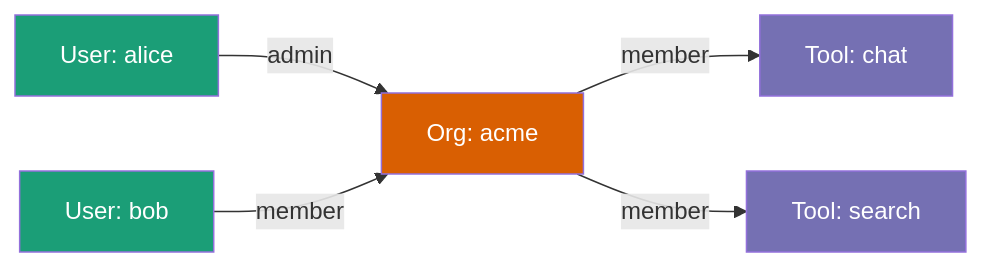
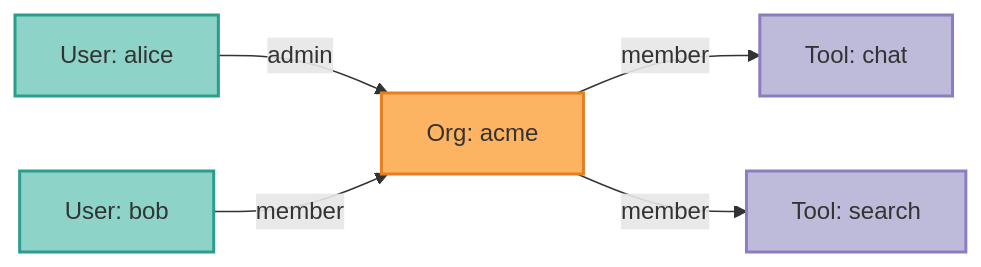
The third of 10 diagrams in docs/getting-started/architecture.mdx (vishnu2kmohan/mcp-server-langgraph), drawn with Mermaid before and after one commit. The commit also changed other lines of this file and 11 other files, not shown here.

First line of the commit message:
style: migrate all diagrams from Dark2 to Set3 ColorBrewer2 palette

````diff
--- a/docs/getting-started/architecture.mdx
+++ b/docs/getting-started/architecture.mdx
@@ -299,13 +299,13 @@
 ```mermaid
 graph LR
     User[User: alice] -->|admin| Org[Org: acme]
     Org -->|member| Tool1[Tool: chat]
     Org -->|member| Tool2[Tool: search]
     User2[User: bob] -->|member| Org
 
-    style User fill:#1b9e77,color:#fff
-    style User2 fill:#1b9e77,color:#fff
-    style Org fill:#d95f02,color:#fff
-    style Tool1 fill:#7570b3,color:#fff
-    style Tool2 fill:#7570b3,color:#fff
+    style User fill:#8dd3c7,stroke:#2a9d8f,stroke-width:2px,color:#333
+    style User2 fill:#8dd3c7,stroke:#2a9d8f,stroke-width:2px,color:#333
+    style Org fill:#fdb462,stroke:#e67e22,stroke-width:2px,color:#333
+    style Tool1 fill:#bebada,stroke:#8e7cc3,stroke-width:2px,color:#333
+    style Tool2 fill:#bebada,stroke:#8e7cc3,stroke-width:2px,color:#333
 ```
````
